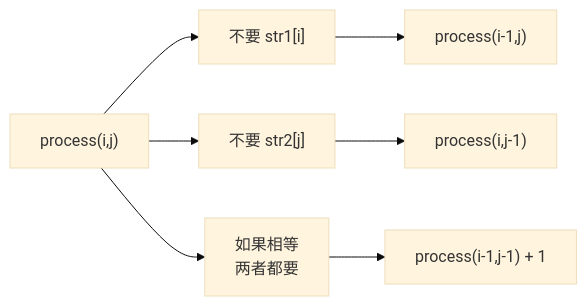
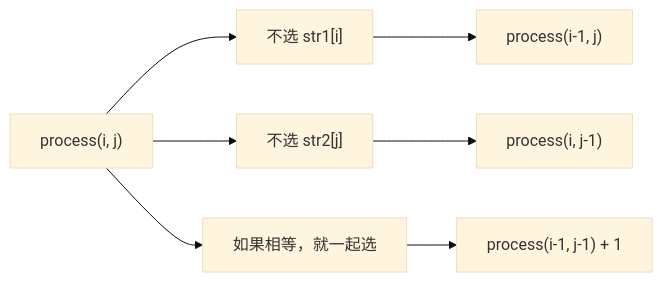
One commit to freeedoooooo/algs changed the second of 3 diagrams in my-notes/01-基础巩固/13-暴力递归到动态规划2-尝试模型/14-尝试模型3-多样本位置全对应-最长公共子序列.md. Above: the diagram before and after it, drawn with Mermaid (base theme). The commit also changed other lines of this file, not shown here.

````diff
--- a/my-notes/01-基础巩固/13-暴力递归到动态规划2-尝试模型/14-尝试模型3-多样本位置全对应-最长公共子序列.md
+++ b/my-notes/01-基础巩固/13-暴力递归到动态规划2-尝试模型/14-尝试模型3-多样本位置全对应-最长公共子序列.md
@@ -119,9 +65,9 @@
 ```mermaid
 graph LR
-    A["process(i,j)"] --> B["不要 str1[i]"]
-    A --> C["不要 str2[j]"]
-    A --> D["如果相等<br/>两者都要"]
-    B --> E["process(i-1,j)"]
-    C --> F["process(i,j-1)"]
-    D --> G["process(i-1,j-1) + 1"]
+    A["process(i, j)"] --> B["不选 str1[i]"]
+    A --> C["不选 str2[j]"]
+    A --> D["如果相等，就一起选"]
+    B --> E["process(i-1, j)"]
+    C --> F["process(i, j-1)"]
+    D --> G["process(i-1, j-1) + 1"]
 ```
````
